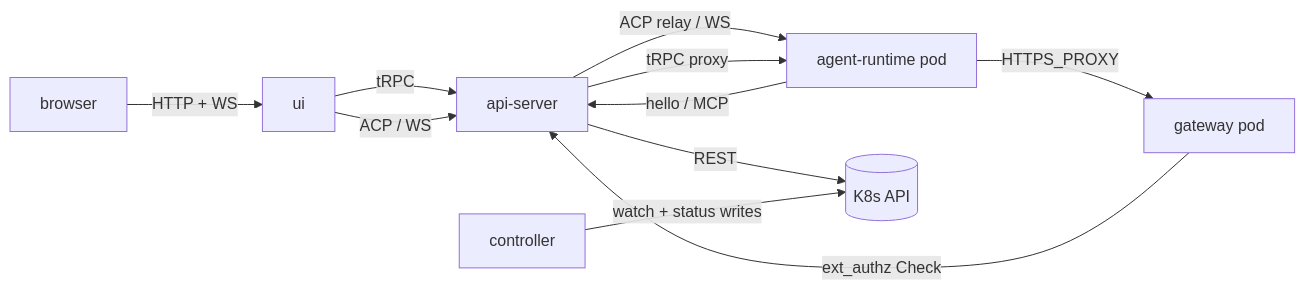
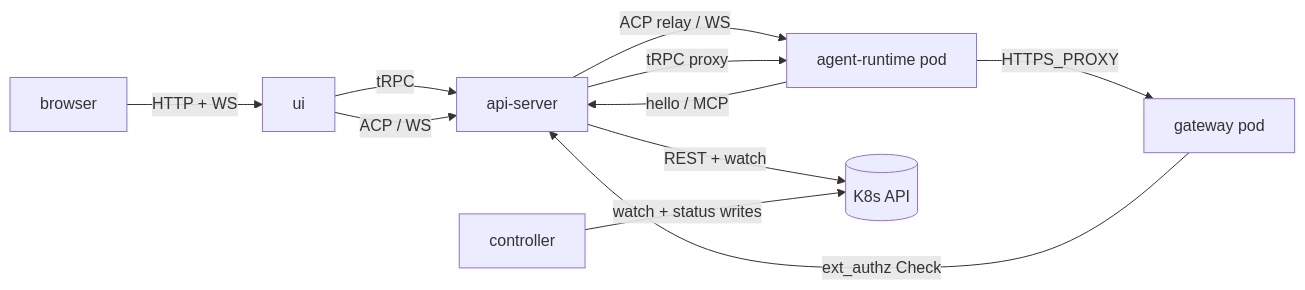
The diagram in docs/architecture/platform-topology.md (dam-agents/dam), drawn with Mermaid before and after one commit. The commit also changed other lines of this file and 1 other file, not shown here.

First line of the commit message:
docs(architecture): record the second, unleased Agent watch; test on fake timers

````diff
--- a/docs/architecture/platform-topology.md
+++ b/docs/architecture/platform-topology.md
@@ -11,21 +11,21 @@
 ```mermaid
 flowchart LR
   browser[browser]
   ui[ui]
   api-server[api-server]
   controller[controller]
   agent-runtime[agent-runtime pod]
   gateway[gateway pod]
   k8s-api[(K8s API)]
 
   browser -->|HTTP + WS| ui
   ui -->|tRPC| api-server
   ui -->|ACP / WS| api-server
   api-server -->|ACP relay / WS| agent-runtime
   api-server -->|tRPC proxy| agent-runtime
   agent-runtime -->|hello / MCP| api-server
   agent-runtime -->|HTTPS_PROXY| gateway
   gateway -->|ext_authz Check| api-server
-  api-server -->|REST| k8s-api
+  api-server -->|REST + watch| k8s-api
   controller -->|watch + status writes| k8s-api
 ```
````
